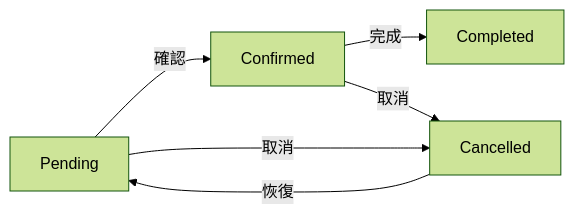
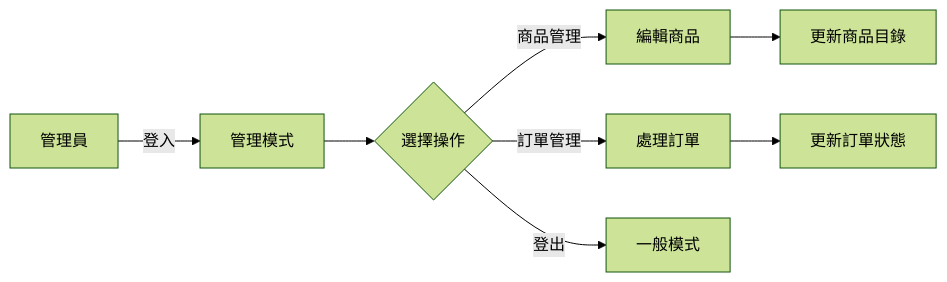
The second of 2 diagrams in README.md (Huiyue420/line-store-bot), drawn with Mermaid (forest theme) before and after one commit. The commit also changed other lines of this file and 2 other files, not shown here.

````diff
--- a/README.md
+++ b/README.md
@@ -173,8 +193,10 @@
 ```mermaid
 graph LR
-    A[Pending] -->|確認| B[Confirmed]
-    A -->|取消| C[Cancelled]
-    B -->|完成| D[Completed]
-    B -->|取消| C
-    C -->|恢復| A
+    A[管理員] -->|登入| B[管理模式]
+    B --> C{選擇操作}
+    C -->|商品管理| D[編輯商品]
+    C -->|訂單管理| E[處理訂單]
+    C -->|登出| F[一般模式]
+    D --> G[更新商品目錄]
+    E --> H[更新訂單狀態]
 ```
````
